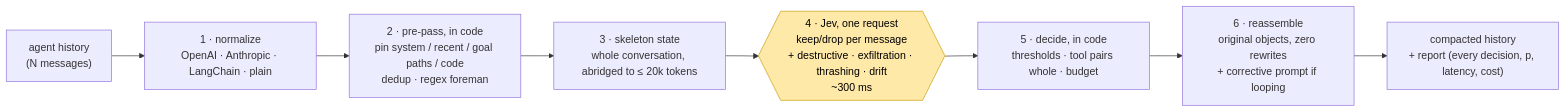
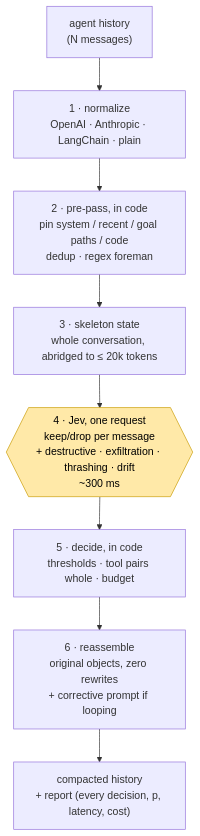
One commit to edwardyen724-g/jev-compactor changed the first of 2 diagrams in README.md. Above: the diagram before and after it, drawn with Mermaid. The commit also changed 1 other file, not shown here.

Commit message:
ci: let pnpm/action-setup read the version from packageManager; vertical pipeline diagram

````diff
--- a/README.md
+++ b/README.md
@@ -48,11 +48,11 @@
 ```mermaid
-flowchart LR
+flowchart TB
     A["agent history<br/>(N messages)"] --> B["1 · normalize<br/>OpenAI · Anthropic · LangChain · plain"]
     B --> C["2 · pre-pass, in code<br/>pin system / recent / goal paths / code<br/>dedup · regex foreman"]
     C --> D["3 · skeleton state<br/>whole conversation, abridged to ≤ 20k tokens"]
     D --> E{{"4 · Jev, one request<br/>keep/drop per message<br/>+ destructive · exfiltration · thrashing · drift<br/>~300 ms"}}
     E --> F["5 · decide, in code<br/>thresholds · tool pairs whole · budget"]
     F --> G["6 · reassemble<br/>original objects, zero rewrites<br/>+ corrective prompt if looping"]
     G --> H["compacted history<br/>+ report (every decision, p, latency, cost)"]
     style E fill:#ffe9a8,stroke:#c99a00,color:#000
 ```
````
